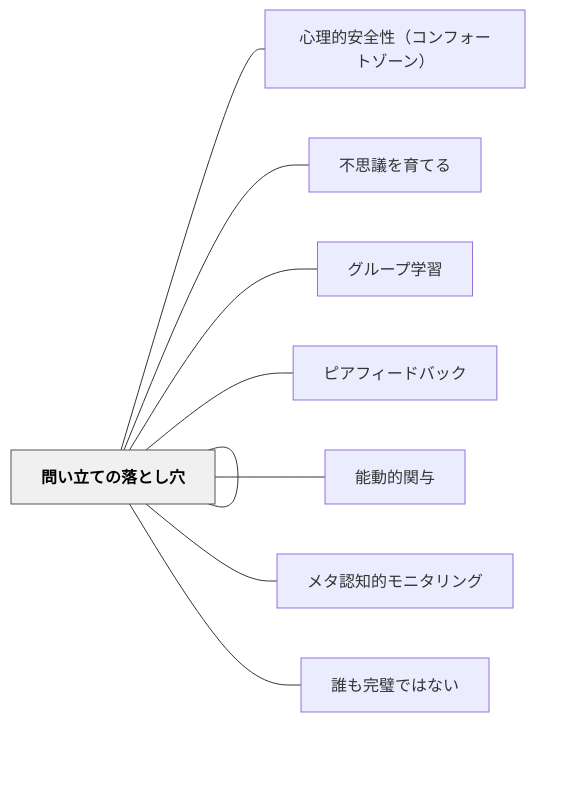
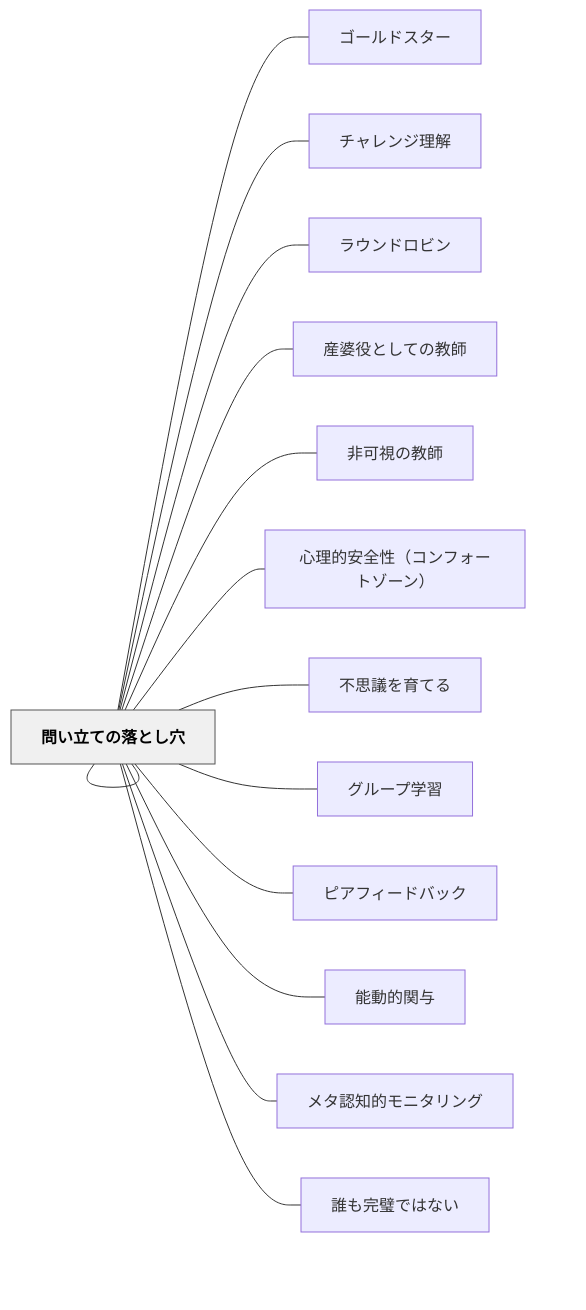
Before and after one commit to unknownthings-ed-patterns/unknownthings-ed-patterns: the diagram in content/パタン/問いを大切にする.md, drawn with Mermaid. The commit also changed other lines of this file and 473 other files, not shown here.

````diff
--- a/content/パタン/問いを大切にする.md
+++ b/content/パタン/問いを大切にする.md
@@ -81,24 +86,34 @@
 ```mermaid
 flowchart LR
     ne5958fe38184["問いを大切にする"]
+    ne382b4e383bc["ゴールドスター"]
+    ne38381e383a3["チャレンジ理解"]
+    ne383a9e382a6["ラウンドロビン"]
+    ne794a3e5a986["産婆役としての教師"]
+    ne99d9ee58faf["非可視の教師"]
     ne5bf83e79086["心理的安全性（コンフォートゾーン）"]
     ne4b88de6809d["不思議を育てる"]
     ne382b0e383ab["グループ学習"]
     ne38394e382a2["ピアフィードバック"]
     ne883bde58b95["能動的関与"]
     ne383a1e382bf["メタ認知的モニタリング"]
     ne8aab0e38282["誰も完璧ではない"]
     ne5958fe38184["問い立ての落とし穴"]
 
+    ne5958fe38184 --- ne382b4e383bc
+    ne5958fe38184 --- ne38381e383a3
+    ne5958fe38184 --- ne383a9e382a6
+    ne5958fe38184 --- ne794a3e5a986
+    ne5958fe38184 --- ne99d9ee58faf
     ne5958fe38184 --- ne5bf83e79086
     ne5958fe38184 --- ne4b88de6809d
     ne5958fe38184 --- ne382b0e383ab
     ne5958fe38184 --- ne38394e382a2
     ne5958fe38184 --- ne883bde58b95
     ne5958fe38184 --- ne383a1e382bf
     ne5958fe38184 --- ne8aab0e38282
     ne5958fe38184 --- ne5958fe38184
 
     classDef hub fill:#f0f0f0,stroke:#555,color:#000,font-weight:bold
     class ne5958fe38184 hub
 ```
````
